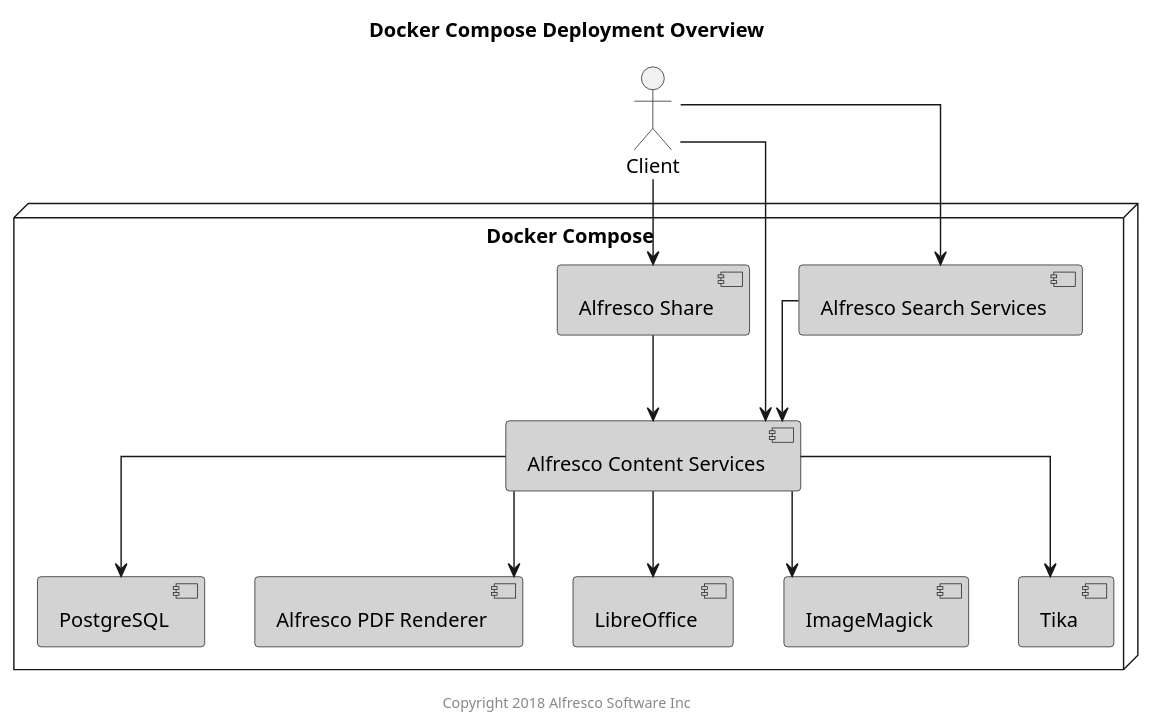
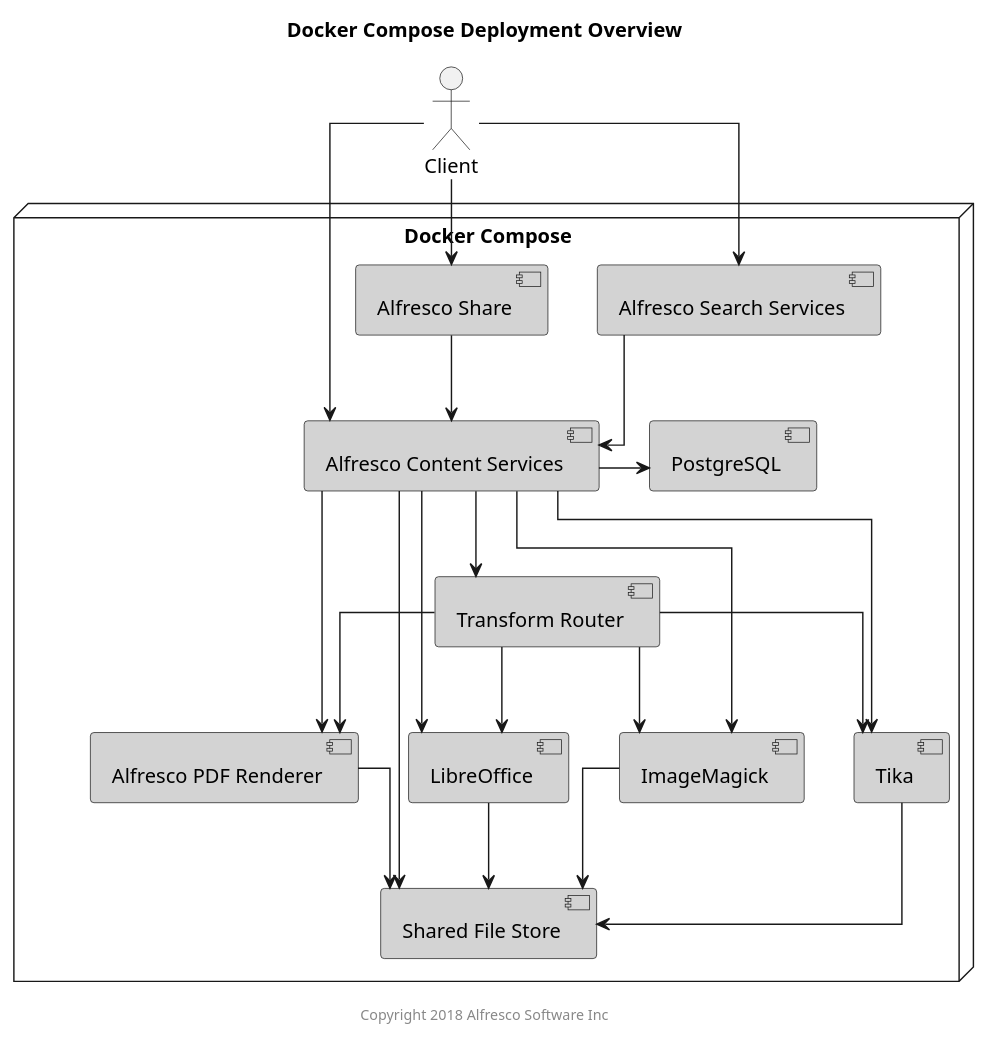
Before and after one commit to Alfresco/acs-deployment: the diagram in docs/diagrams/docker-compose/docker-compose-components.puml, drawn with PlantUML. The commit also changed 3 other files, not shown here.

Commit message:
ATS-92 : The first Deployment update for ACS (Repo) to use ATS    - updated diagrams

```diff
--- a/docs/diagrams/docker-compose/docker-compose-components.puml
+++ b/docs/diagrams/docker-compose/docker-compose-components.puml
@@ -1,35 +1,47 @@
 @startuml
 
 Title: Docker Compose Deployment Overview
 
 skinparam componentStyle uml2
 skinparam linetype ortho
 
 actor Client
 
 node "Docker Compose" {
     component "Alfresco Content Services" as acs #lightgrey
+    component "Transform Router" as trouter #lightgrey
+    component "Shared File Store" as sfs #lightgrey
     component "Alfresco Search Services" as ass #lightgrey
     component "PostgreSQL" as psql #lightgrey
     component "Alfresco PDF Renderer" as pdfr #lightgrey
     component "LibreOffice" as libr #lightgrey
     component "ImageMagick" as img #lightgrey
     component "Tika" as tika #lightgrey
     component "Alfresco Share" as share #lightgrey
 }
 
 Client --> acs
 Client --> ass
 Client --> share
 
 ass --> acs
-acs --> psql
+acs -right-> psql
 acs --> pdfr
 acs --> libr
 acs --> img
 acs --> tika
+acs --> trouter
+acs --> sfs
+trouter --> pdfr
+trouter --> libr
+trouter --> img
+trouter --> tika
+pdfr --> sfs
+libr --> sfs
+img --> sfs
+tika --> sfs
 share --> acs
 
 center footer Copyright 2018 Alfresco Software Inc
 
 @enduml
```
